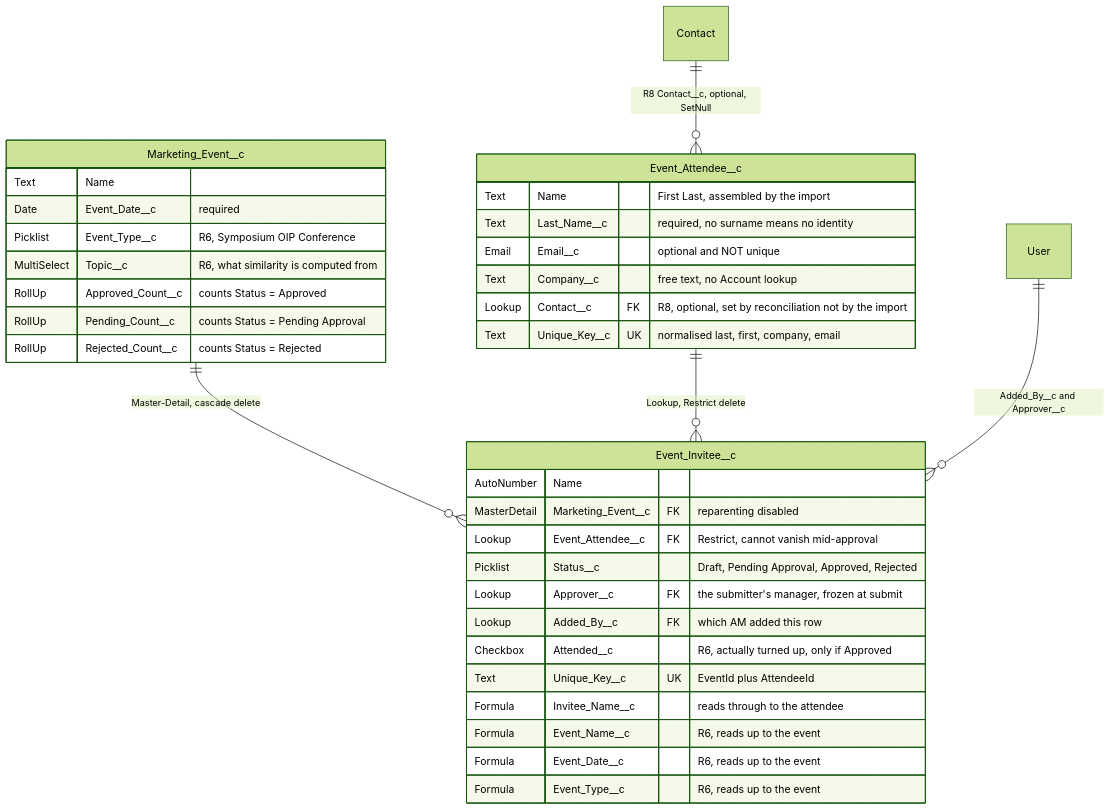
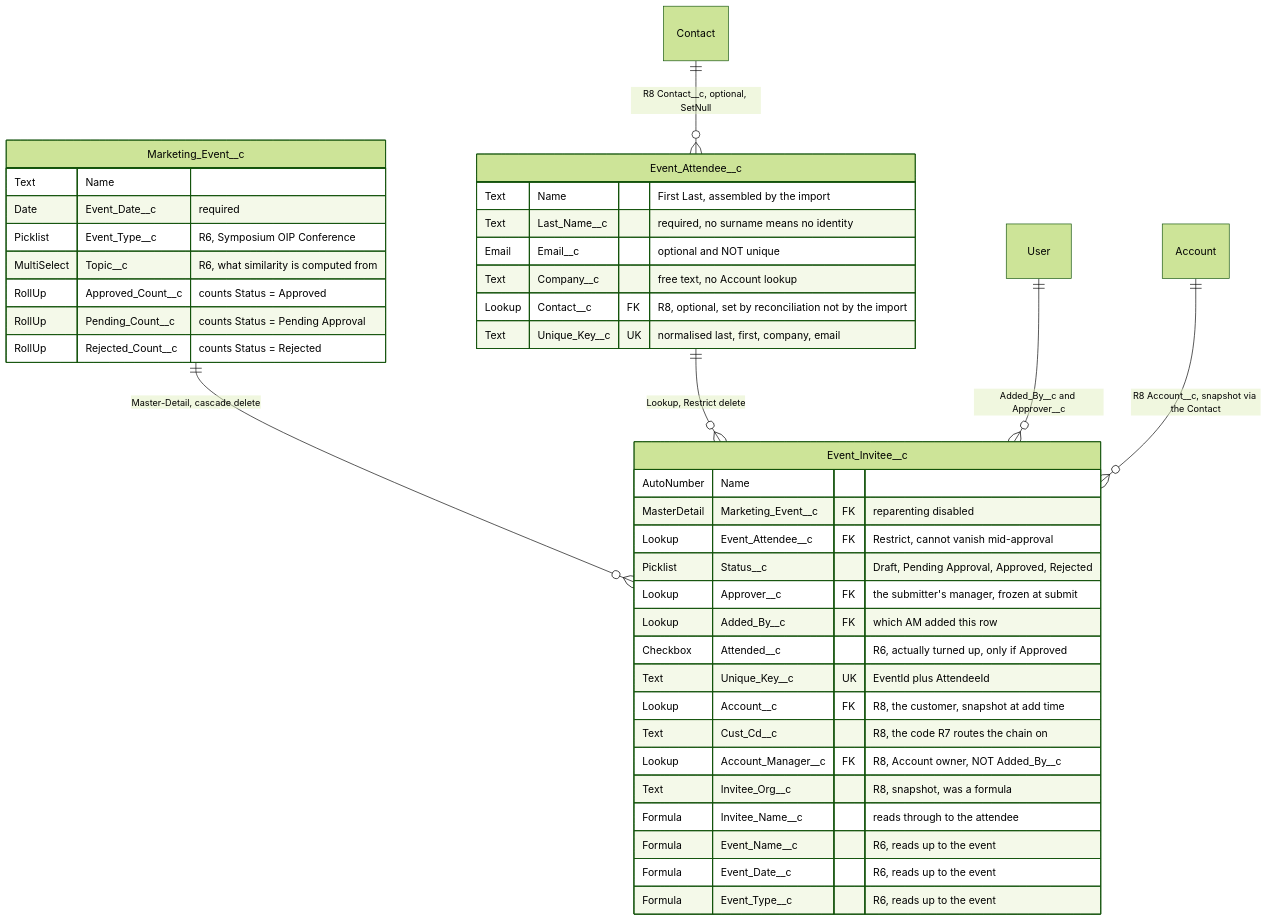
One commit to avence12/salesforce_event_mgmt changed the diagram in design.md. Above: the diagram before and after it, drawn with Mermaid (forest theme). The commit also changed other lines of this file and 15 other files, not shown here.

````diff
--- a/design.md
+++ b/design.md
@@ -270,41 +273,46 @@
 ```mermaid
 erDiagram
     Marketing_Event__c ||--o{ Event_Invitee__c : "Master-Detail, cascade delete"
     Event_Attendee__c  ||--o{ Event_Invitee__c : "Lookup, Restrict delete"
     User               ||--o{ Event_Invitee__c : "Added_By__c and Approver__c"
     Contact            ||--o{ Event_Attendee__c : "R8 Contact__c, optional, SetNull"
+    Account            ||--o{ Event_Invitee__c : "R8 Account__c, snapshot via the Contact"
 
     Marketing_Event__c {
         Text        Name
         Date        Event_Date__c "required"
         Picklist    Event_Type__c "R6, Symposium OIP Conference"
         MultiSelect Topic__c "R6, what similarity is computed from"
         RollUp      Approved_Count__c "counts Status = Approved"
         RollUp      Pending_Count__c "counts Status = Pending Approval"
         RollUp      Rejected_Count__c "counts Status = Rejected"
     }
 
     Event_Attendee__c {
         Text  Name "First Last, assembled by the import"
         Text  Last_Name__c "required, no surname means no identity"
         Email Email__c "optional and NOT unique"
         Text  Company__c "free text, no Account lookup"
         Lookup Contact__c FK "R8, optional, set by reconciliation not by the import"
         Text  Unique_Key__c UK "normalised last, first, company, email"
     }
 
     Event_Invitee__c {
         AutoNumber   Name
         MasterDetail Marketing_Event__c FK "reparenting disabled"
         Lookup       Event_Attendee__c FK "Restrict, cannot vanish mid-approval"
         Picklist     Status__c "Draft, Pending Approval, Approved, Rejected"
         Lookup       Approver__c FK "the submitter's manager, frozen at submit"
         Lookup       Added_By__c FK "which AM added this row"
         Checkbox     Attended__c "R6, actually turned up, only if Approved"
         Text         Unique_Key__c UK "EventId plus AttendeeId"
+        Lookup       Account__c FK "R8, the customer, snapshot at add time"
+        Text         Cust_Cd__c "R8, the code R7 routes the chain on"
+        Lookup       Account_Manager__c FK "R8, Account owner, NOT Added_By__c"
+        Text         Invitee_Org__c "R8, snapshot, was a formula"
         Formula      Invitee_Name__c "reads through to the attendee"
         Formula      Event_Name__c "R6, reads up to the event"
         Formula      Event_Date__c "R6, reads up to the event"
         Formula      Event_Type__c "R6, reads up to the event"
     }
 ```
````
